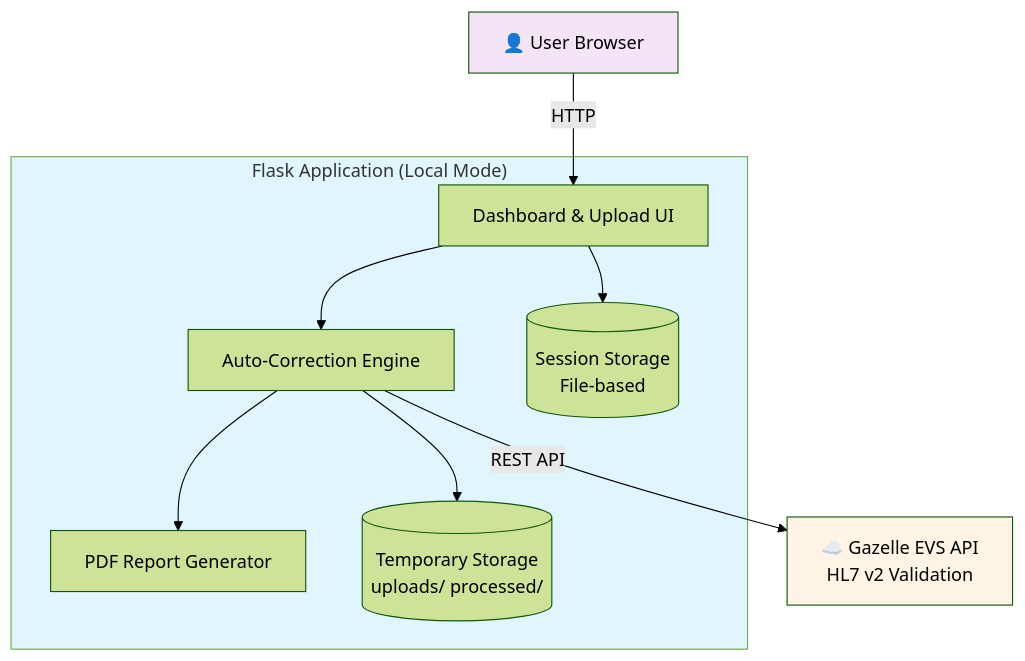
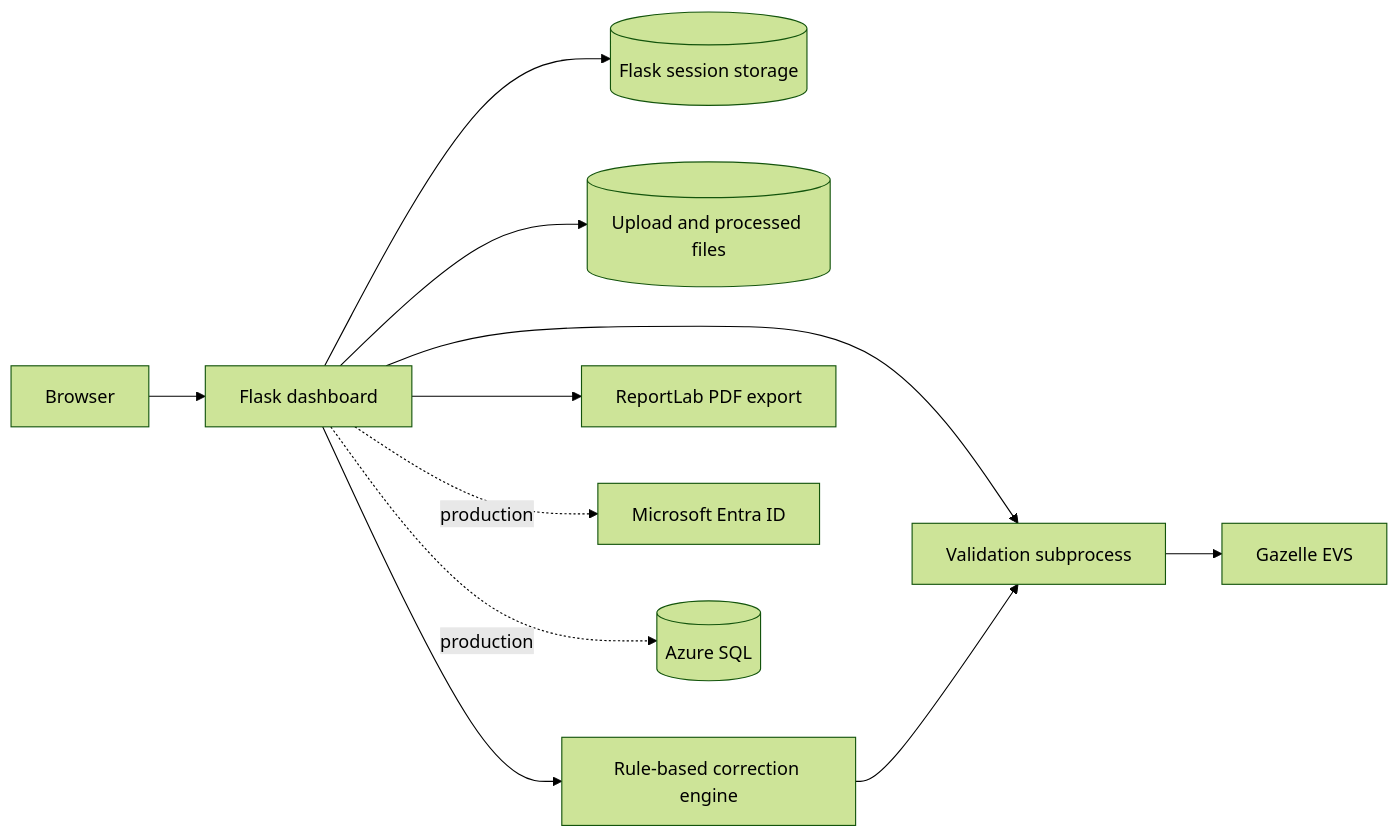
The diagram in README.md (ddeveloper72/HL7_v2_Message_Validator-Auto-Correct), drawn with Mermaid (forest theme) before and after one commit. The commit also changed other lines of this file and 22 other files, not shown here.

````diff
--- a/README.md
+++ b/README.md
@@ -156,26 +201,13 @@
 ```mermaid
-flowchart TB
-    User[👤 User Browser]
-    
-    subgraph Flask["Flask Application (Local Mode)"]
-        UI[Dashboard & Upload UI]
-        Engine[Auto-Correction Engine]
-        PDF[PDF Report Generator]
-        Session[(Session Storage<br/>File-based)]
-        Storage[(Temporary Storage<br/>uploads/ processed/)]
-        
-        UI --> Engine
-        Engine --> PDF
-        UI --> Session
-        Engine --> Storage
-    end
-    
-    Gazelle[☁️ Gazelle EVS API<br/>HL7 v2 Validation]
-    
-    User -->|HTTP| UI
-    Engine -->|REST API| Gazelle
-    
-    style Flask fill:#e1f5ff
-    style Gazelle fill:#fff4e6
-    style User fill:#f3e5f5
+flowchart LR
+    Browser[Browser] --> Flask[Flask dashboard]
+    Flask --> Session[(Flask session storage)]
+    Flask --> Uploads[(Upload and processed files)]
+    Flask --> Validator[Validation subprocess]
+    Validator --> Gazelle[Gazelle EVS]
+    Flask --> Corrector[Rule-based correction engine]
+    Corrector --> Validator
+    Flask --> PDF[ReportLab PDF export]
+    Flask -. production .-> Entra[Microsoft Entra ID]
+    Flask -. production .-> SQL[(Azure SQL)]
 ```
````
